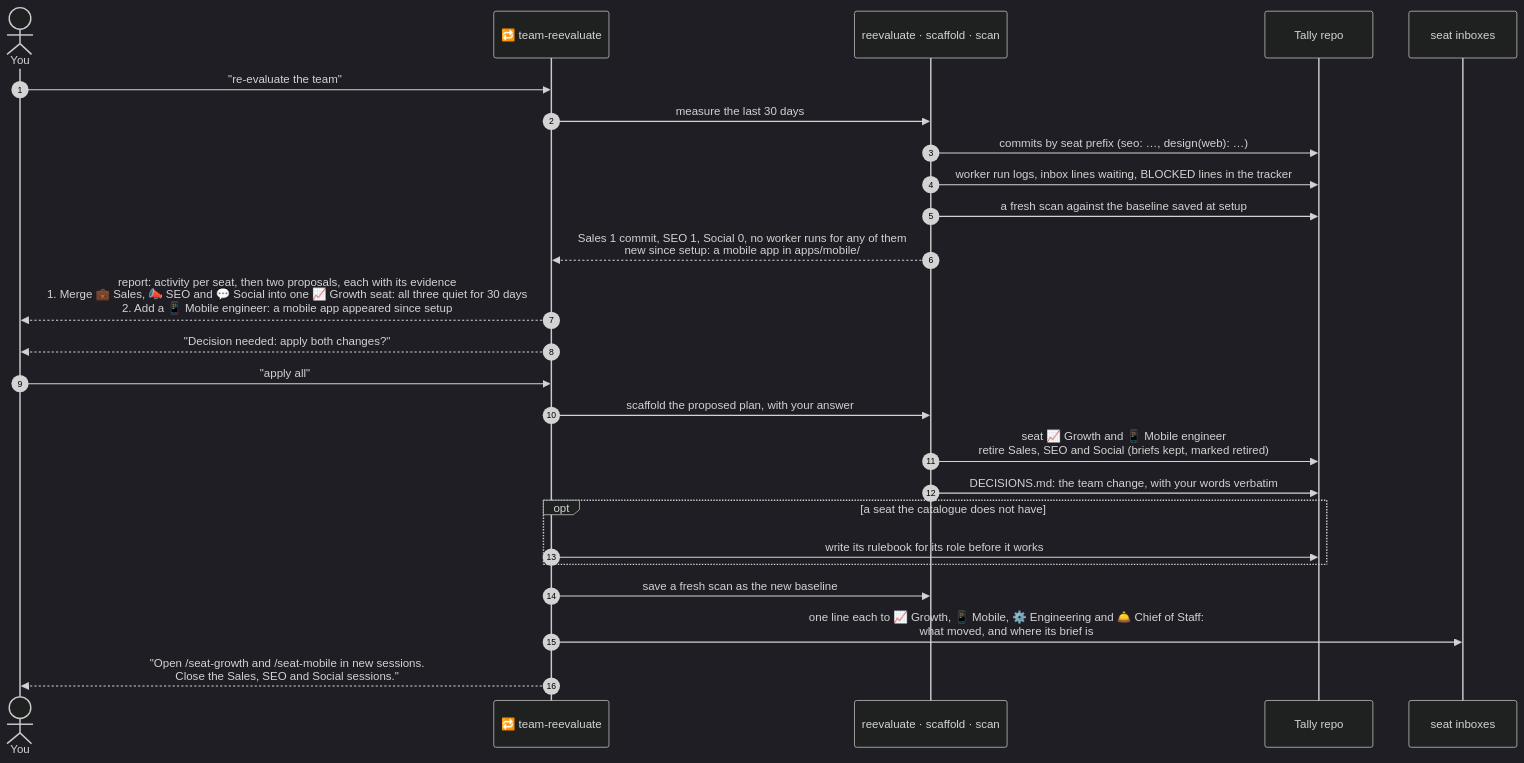
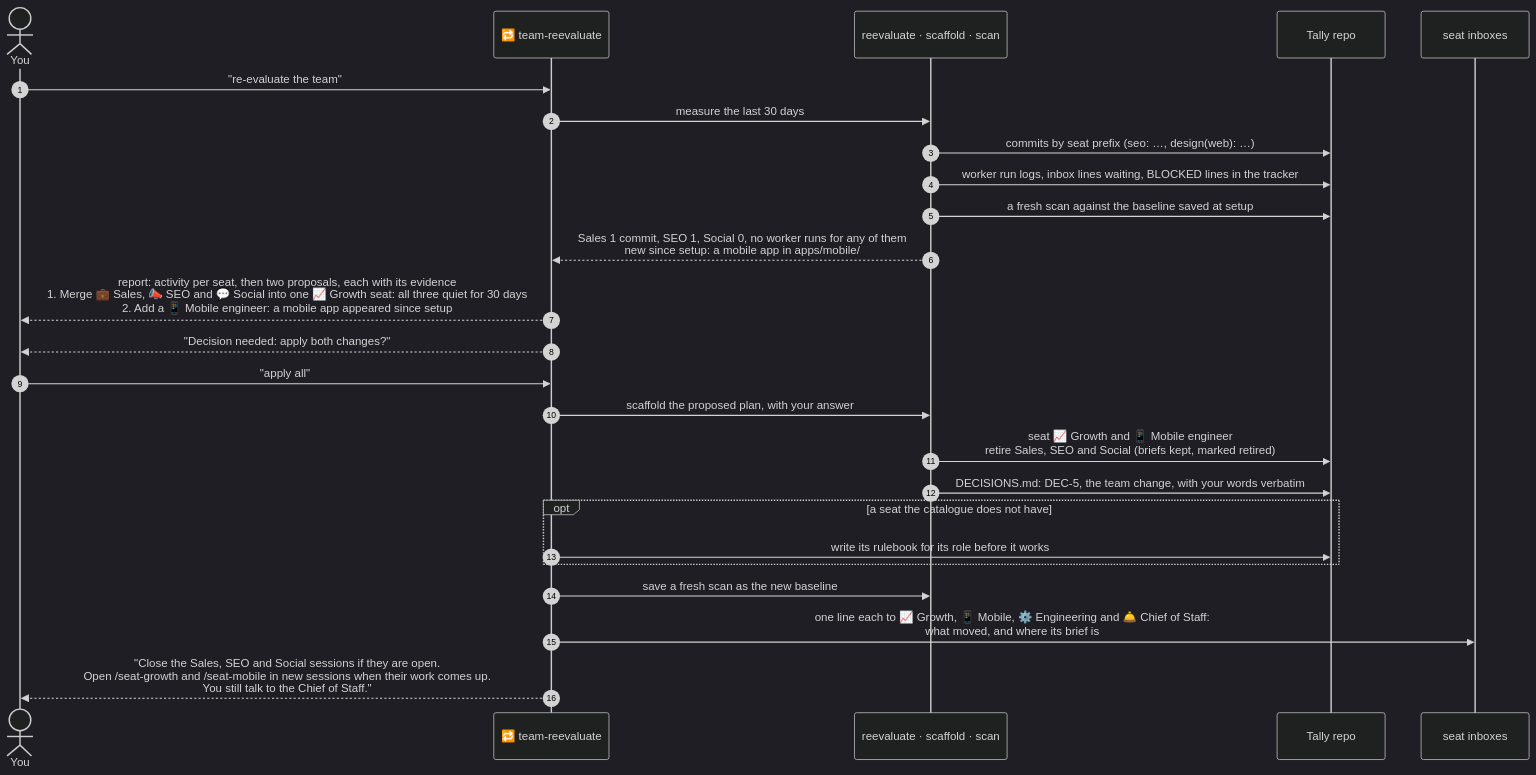
Before and after one commit to fauzulkc/agent-team: the tenth of 10 diagrams in docs/orchestration-diagrams.md, drawn with Mermaid (dark theme). The commit also changed other lines of this file and 81 other files, not shown here.

````diff
--- a/docs/orchestration-diagrams.md
+++ b/docs/orchestration-diagrams.md
@@ -307,27 +312,27 @@
 ```mermaid
 sequenceDiagram
     autonumber
     actor You
     participant RE as 🔁 team-reevaluate
     participant Tools as reevaluate · scaffold · scan
     participant Repo as Tally repo
     participant Inbox as seat inboxes
     You->>RE: "re-evaluate the team"
     RE->>Tools: measure the last 30 days
     Tools->>Repo: commits by seat prefix (seo: …, design(web): …)
     Tools->>Repo: worker run logs, inbox lines waiting, BLOCKED lines in the tracker
     Tools->>Repo: a fresh scan against the baseline saved at setup
     Tools-->>RE: Sales 1 commit, SEO 1, Social 0, no worker runs for any of them<br/>new since setup: a mobile app in apps/mobile/
     RE-->>You: report: activity per seat, then two proposals, each with its evidence<br/>1. Merge 💼 Sales, 📣 SEO and 💬 Social into one 📈 Growth seat: all three quiet for 30 days<br/>2. Add a 📱 Mobile engineer: a mobile app appeared since setup
     RE-->>You: "Decision needed: apply both changes?"
     You->>RE: "apply all"
     RE->>Tools: scaffold the proposed plan, with your answer
     Tools->>Repo: seat 📈 Growth and 📱 Mobile engineer<br/>retire Sales, SEO and Social (briefs kept, marked retired)
-    Tools->>Repo: DECISIONS.md: the team change, with your words verbatim
+    Tools->>Repo: DECISIONS.md: DEC-5, the team change, with your words verbatim
     opt a seat the catalogue does not have
         RE->>Repo: write its rulebook for its role before it works
     end
     RE->>Tools: save a fresh scan as the new baseline
     RE->>Inbox: one line each to 📈 Growth, 📱 Mobile, ⚙️ Engineering and 🛎️ Chief of Staff:<br/>what moved, and where its brief is
-    RE-->>You: "Open /seat-growth and /seat-mobile in new sessions.<br/>Close the Sales, SEO and Social sessions."
+    RE-->>You: "Close the Sales, SEO and Social sessions if they are open.<br/>Open /seat-growth and /seat-mobile in new sessions when their work comes up.<br/>You still talk to the Chief of Staff."
 ```
````
